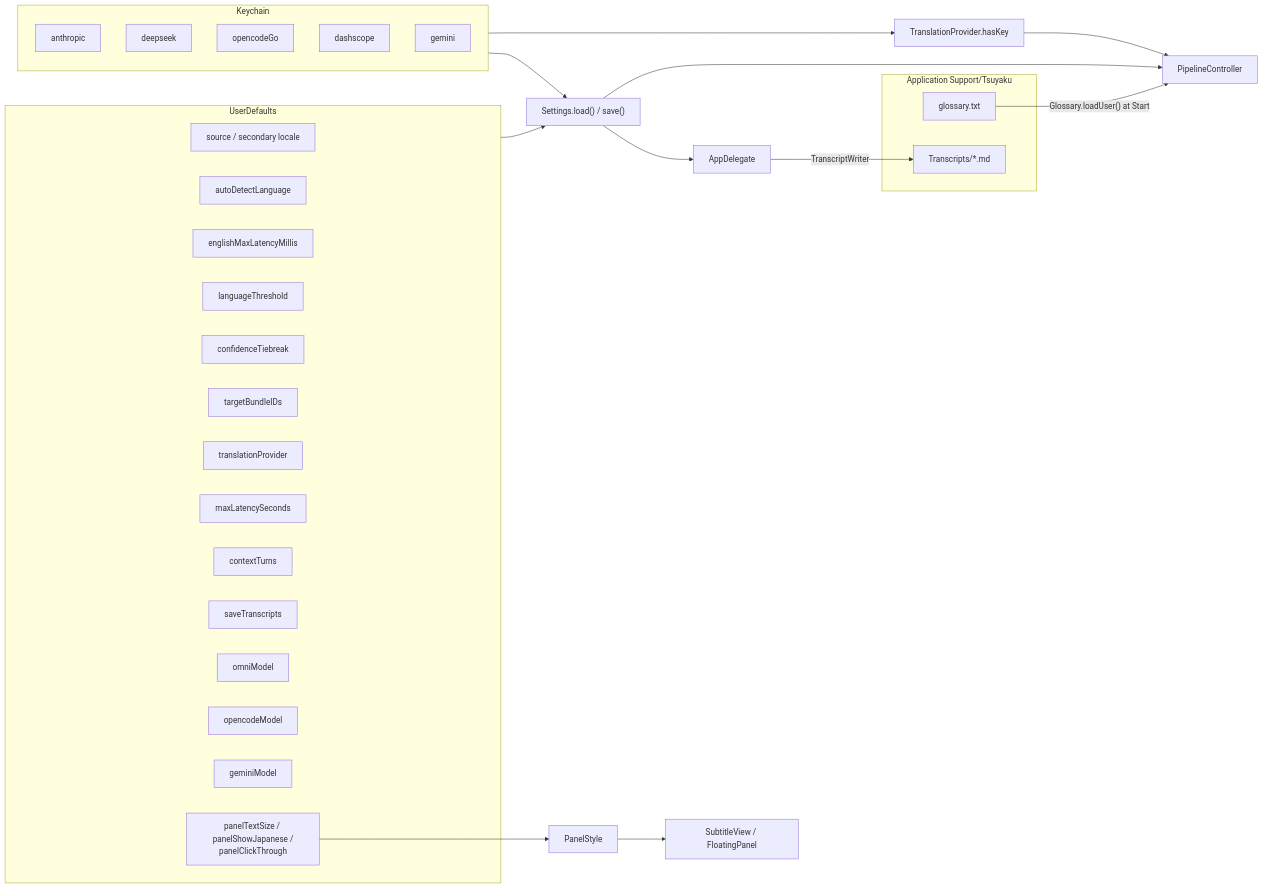
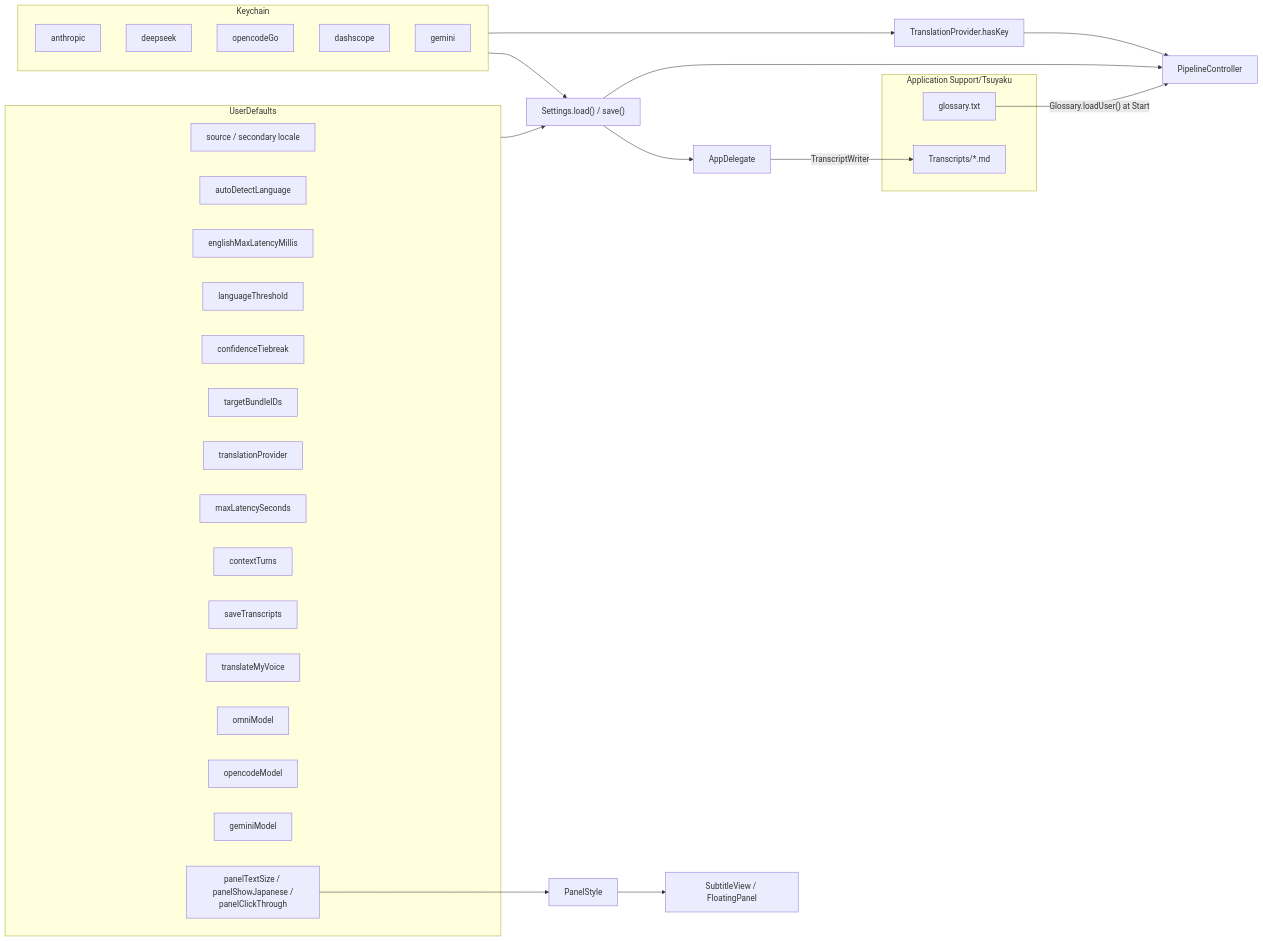
Before and after one commit to dautroc/tsuyaku: the tenth of 12 diagrams in docs/architecture.md, drawn with Mermaid. The commit also changed other lines of this file and 20 other files, not shown here.

First line of the commit message:
Add Translate My Voice: Japanese captions of your own speech

````diff
--- a/docs/architecture.md
+++ b/docs/architecture.md
@@ -778,44 +848,45 @@
 ```mermaid
 flowchart LR
     subgraph UserDefaults["UserDefaults"]
         Locales["source / secondary locale"]
         Detect["autoDetectLanguage"]
         EnglishLatency["englishMaxLatencyMillis"]
         Threshold["languageThreshold"]
         Tiebreak["confidenceTiebreak"]
         Bundles["targetBundleIDs"]
         Provider["translationProvider"]
         Latency["maxLatencySeconds"]
         Context["contextTurns"]
         SaveTranscripts["saveTranscripts"]
+        TranslateMyVoice["translateMyVoice"]
         OmniModel["omniModel"]
         OpenCodeModel["opencodeModel"]
         GeminiModel["geminiModel"]
         PanelKeys["panelTextSize / panelShowJapanese /<br/>panelClickThrough"]
     end
 
     subgraph Keychain["Keychain"]
         Anthropic["anthropic"]
         DeepSeek["deepseek"]
         OpenCodeGo["opencodeGo"]
         Dashscope["dashscope"]
         Gemini["gemini"]
     end
 
     subgraph Support["Application Support/Tsuyaku"]
         GlossaryFile["glossary.txt"]
         TranscriptFiles["Transcripts/*.md"]
     end
 
     UserDefaults --> Settings["Settings.load() / save()"]
     PanelKeys --> PanelStyle["PanelStyle"]
     PanelStyle --> SubtitleView["SubtitleView / FloatingPanel"]
     Keychain --> Settings
     Keychain --> TranslationProvider["TranslationProvider.hasKey"]
 
     Settings --> AppDelegate["AppDelegate"]
     Settings --> PipelineController["PipelineController"]
     TranslationProvider --> PipelineController
     GlossaryFile -->|"Glossary.loadUser() at Start"| PipelineController
     AppDelegate -->|TranscriptWriter| TranscriptFiles
 ```
````
